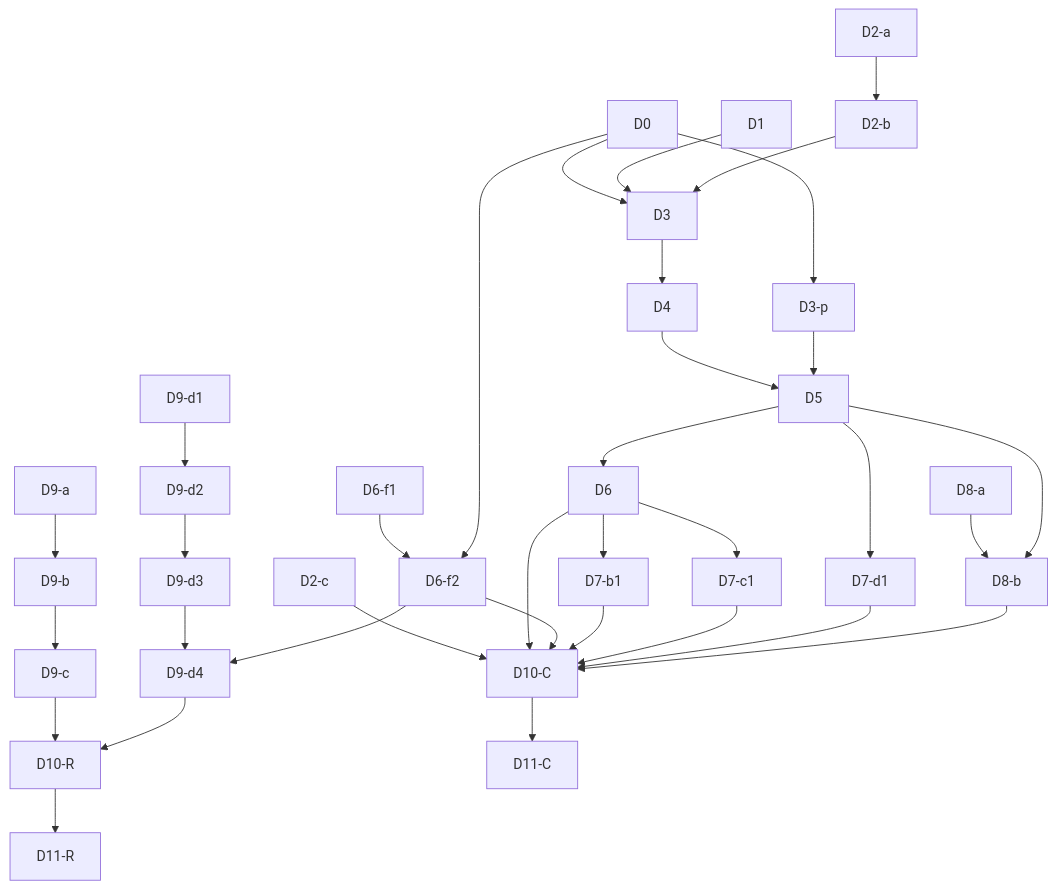
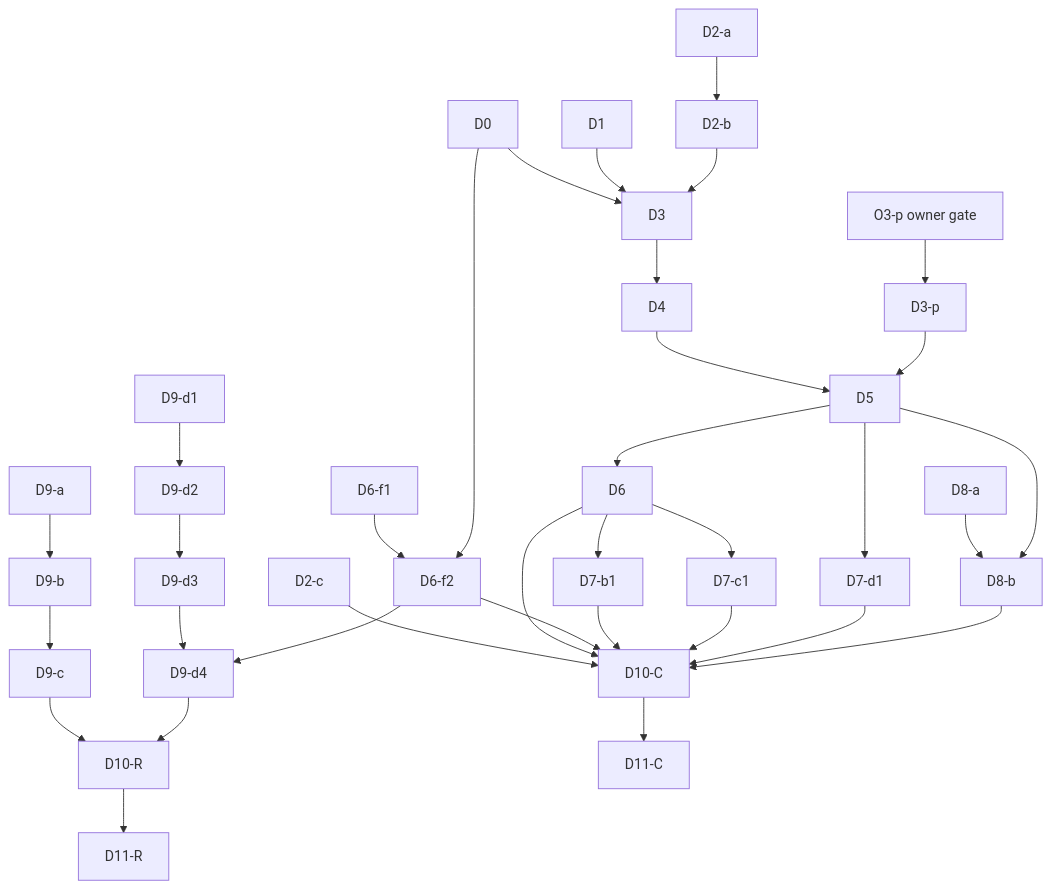
The second of 2 diagrams in docs/development/approval-canvas-v2-development-plan-20260720.md (zensgit/metasheet2), drawn with Mermaid before and after one commit. The commit also changed other lines of this file, not shown here.

````diff
--- a/docs/development/approval-canvas-v2-development-plan-20260720.md
+++ b/docs/development/approval-canvas-v2-development-plan-20260720.md
@@ -231,30 +231,30 @@
 ```mermaid
 flowchart TD
   D2A["D2-a"] --> D2B["D2-b"]
   D2C["D2-c"] --> D10C["D10-C"]
   D0 --> D3
   D1 --> D3
   D2B --> D3
   D3 --> D4 --> D5 --> D6
-  D0 --> D3P["D3-p"] --> D5
+  O3P["O3-p owner gate"] --> D3P["D3-p"] --> D5
   D6F1["D6-f1"] --> D6F2["D6-f2"]
   D0 --> D6F2
   D6 --> D7B1["D7-b1"]
   D6 --> D7C1["D7-c1"]
   D5 --> D7D1["D7-d1"]
   D8A["D8-a"] --> D8B["D8-b"]
   D5 --> D8B
   D9A["D9-a"] --> D9B["D9-b"] --> D9C["D9-c"]
   D9D1["D9-d1"] --> D9D2["D9-d2"] --> D9D3["D9-d3"] --> D9D4["D9-d4"]
   D6F2 --> D9D4
   D6 --> D10C
   D6F2 --> D10C
   D7B1 --> D10C
   D7C1 --> D10C
   D7D1 --> D10C
   D8B --> D10C
   D9C --> D10R["D10-R"]
   D9D4 --> D10R
   D10C --> D11C["D11-C"]
   D10R --> D11R["D11-R"]
 ```
````
